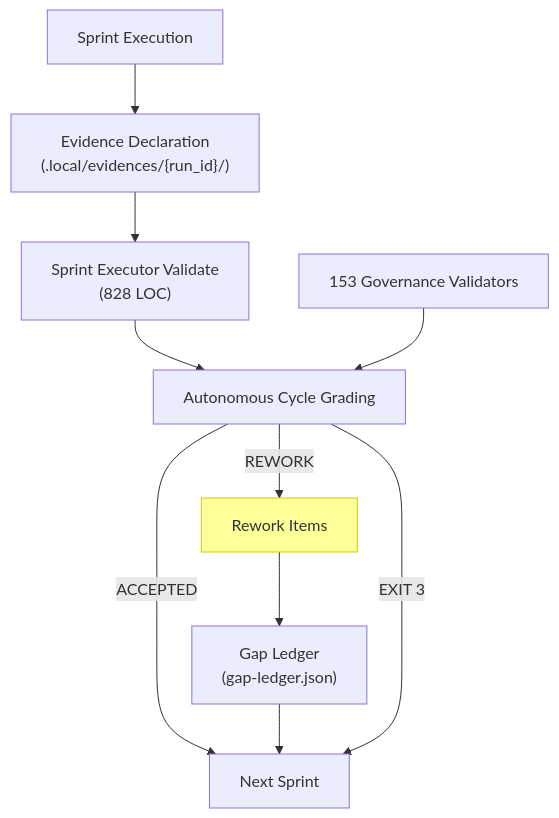
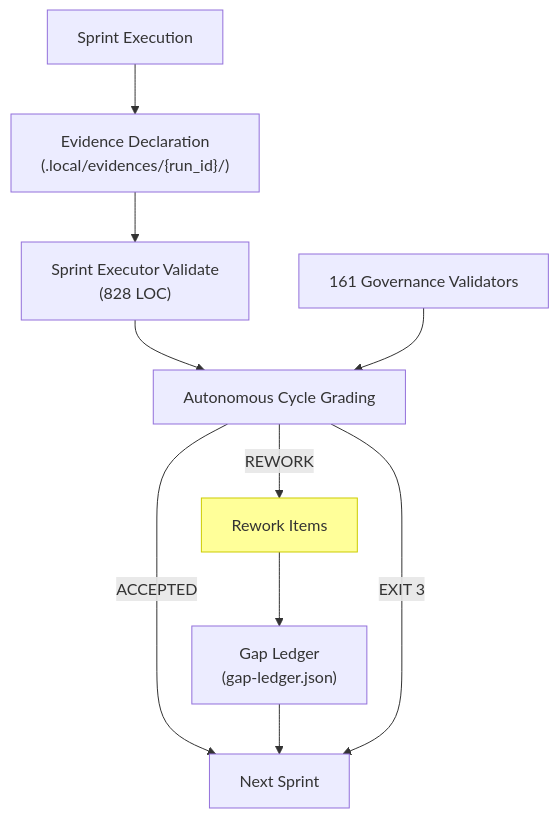
The tenth of 18 diagrams in docs/system-recon/FF-DEEP-RECON-20260705-052931/02-SYSTEM-ARCHITECTURE-AND-DIAGRAMS.md (babar-raza/format-factory), drawn with Mermaid before and after one commit. The commit also changed other lines of this file and 6 other files, not shown here.

````diff
--- a/docs/system-recon/FF-DEEP-RECON-20260705-052931/02-SYSTEM-ARCHITECTURE-AND-DIAGRAMS.md
+++ b/docs/system-recon/FF-DEEP-RECON-20260705-052931/02-SYSTEM-ARCHITECTURE-AND-DIAGRAMS.md
@@ -339,21 +339,21 @@
 ```mermaid
 flowchart TB
     SPRINT["Sprint Execution"]
     EVIDENCE["Evidence Declaration<br/>(.local/evidences/{run_id}/)"]
     VALIDATE["Sprint Executor Validate<br/>(828 LOC)"]
-    GOVVAL["153 Governance Validators"]
+    GOVVAL["161 Governance Validators"]
     GRADE["Autonomous Cycle Grading"]
 
     SPRINT --> EVIDENCE
     EVIDENCE --> VALIDATE
     VALIDATE --> GRADE
     GOVVAL --> GRADE
 
     GRADE -->|ACCEPTED| NEXT["Next Sprint"]
     GRADE -->|REWORK| REWORK["Rework Items"]
     REWORK --> GAPS["Gap Ledger<br/>(gap-ledger.json)"]
     GAPS --> NEXT
     GRADE -->|EXIT 3| NEXT
 
     style REWORK fill:#ff9,stroke:#cc0
 ```
````
